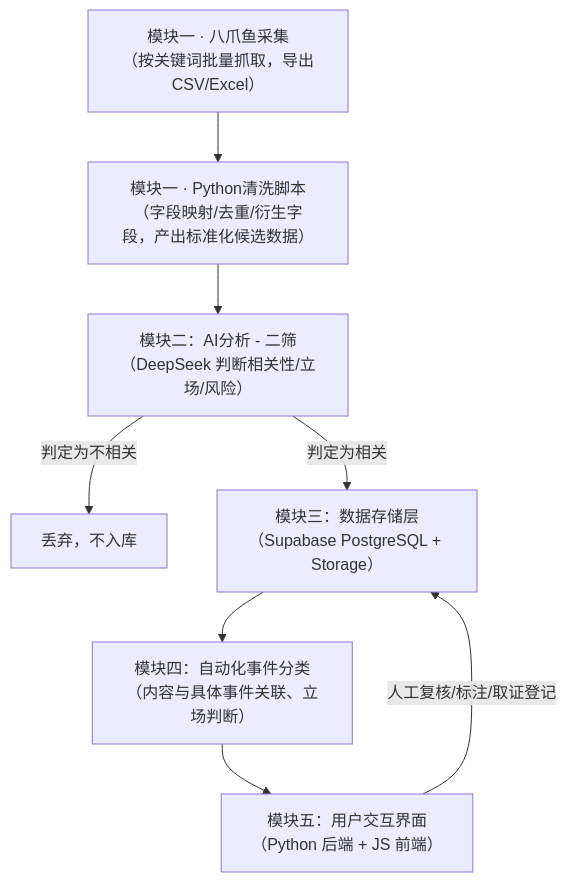
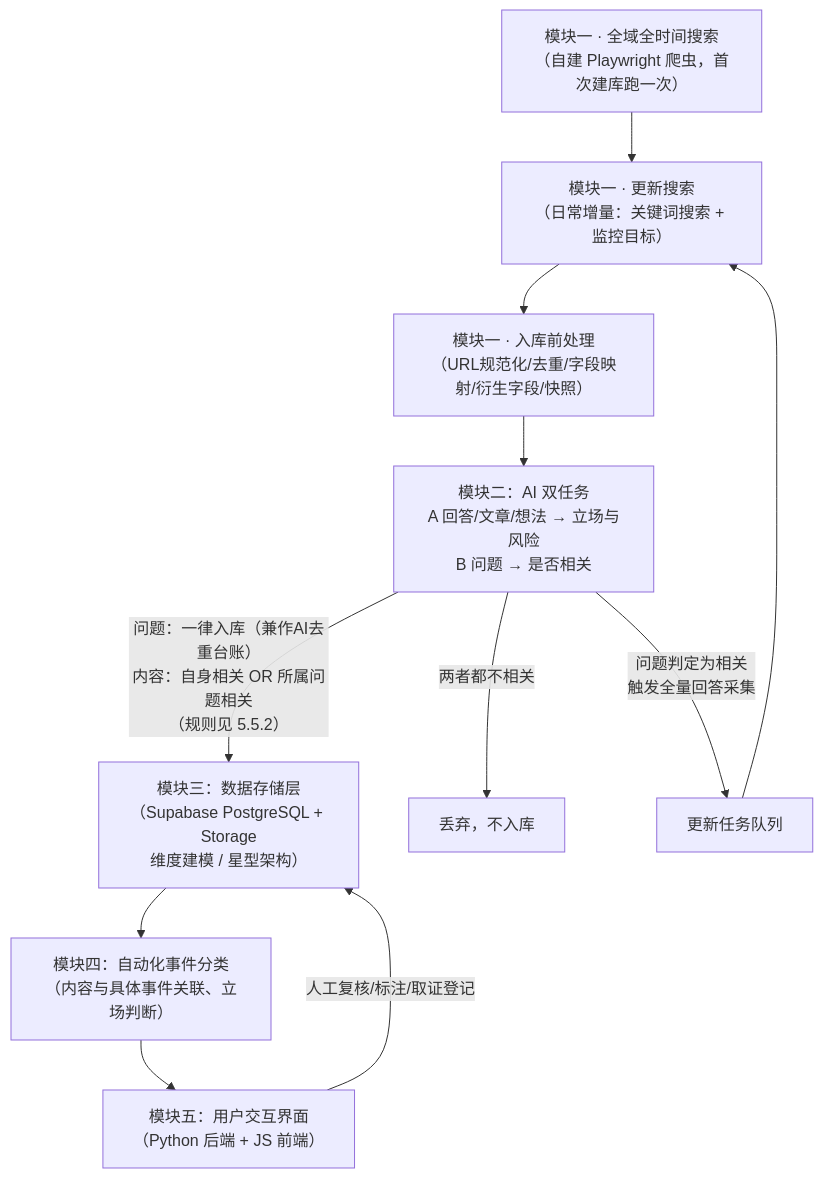
Before and after one commit to Charlie0604/sentinel_q: the first of 3 diagrams in 知乎舆情监控系统-架构设计文档.md, drawn with Mermaid. The commit also changed other lines of this file and 39 other files, not shown here.

````diff
--- a/知乎舆情监控系统-架构设计文档.md
+++ b/知乎舆情监控系统-架构设计文档.md
@@ -19,10 +19,13 @@
 ```mermaid
 flowchart TD
-    A1["模块一 · 八爪鱼采集<br/>（按关键词批量抓取，导出CSV/Excel）"] --> A2["模块一 · Python清洗脚本<br/>（字段映射/去重/衍生字段，产出标准化候选数据）"]
-    A2 --> B["模块二：AI分析 - 二筛<br/>（DeepSeek 判断相关性/立场/风险）"]
-    B -- "判定为不相关" --> X["丢弃，不入库"]
-    B -- "判定为相关" --> C["模块三：数据存储层<br/>（Supabase PostgreSQL + Storage）"]
+    A1["模块一 · 全域全时间搜索<br/>（自建 Playwright 爬虫，首次建库跑一次）"] --> A2["模块一 · 更新搜索<br/>（日常增量：关键词搜索 + 监控目标）"]
+    A2 --> A3["模块一 · 入库前处理<br/>（URL规范化/去重/字段映射/衍生字段/快照）"]
+    A3 --> B["模块二：AI 双任务<br/>A 回答/文章/想法 → 立场与风险<br/>B 问题 → 是否相关"]
+    B -- "问题：一律入库（兼作AI去重台账）<br/>内容：自身相关 OR 所属问题相关<br/>（规则见 5.5.2）" --> C["模块三：数据存储层<br/>（Supabase PostgreSQL + Storage<br/>维度建模 / 星型架构）"]
+    B -- "两者都不相关" --> X["丢弃，不入库"]
+    B -- "问题判定为相关<br/>触发全量回答采集" --> TQ["更新任务队列"]
+    TQ --> A2
     C --> D["模块四：自动化事件分类<br/>（内容与具体事件关联、立场判断）"]
     D --> E["模块五：用户交互界面<br/>（Python 后端 + JS 前端）"]
     E -- "人工复核/标注/取证登记" --> C
 ```
````
